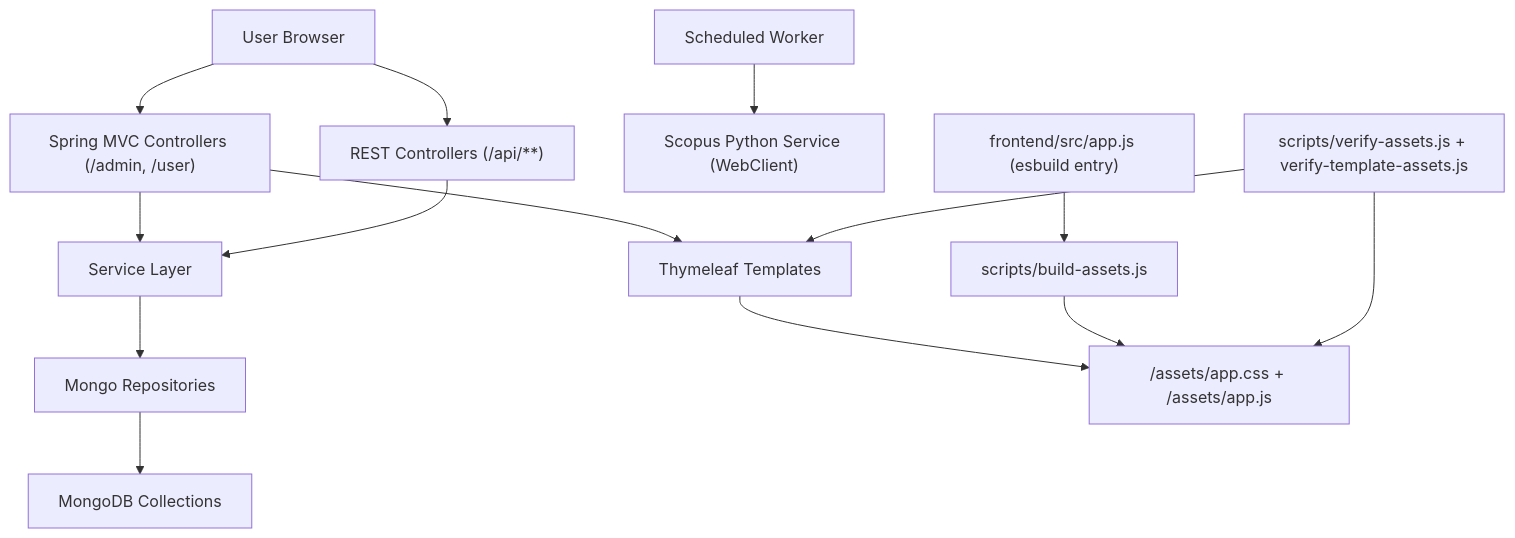
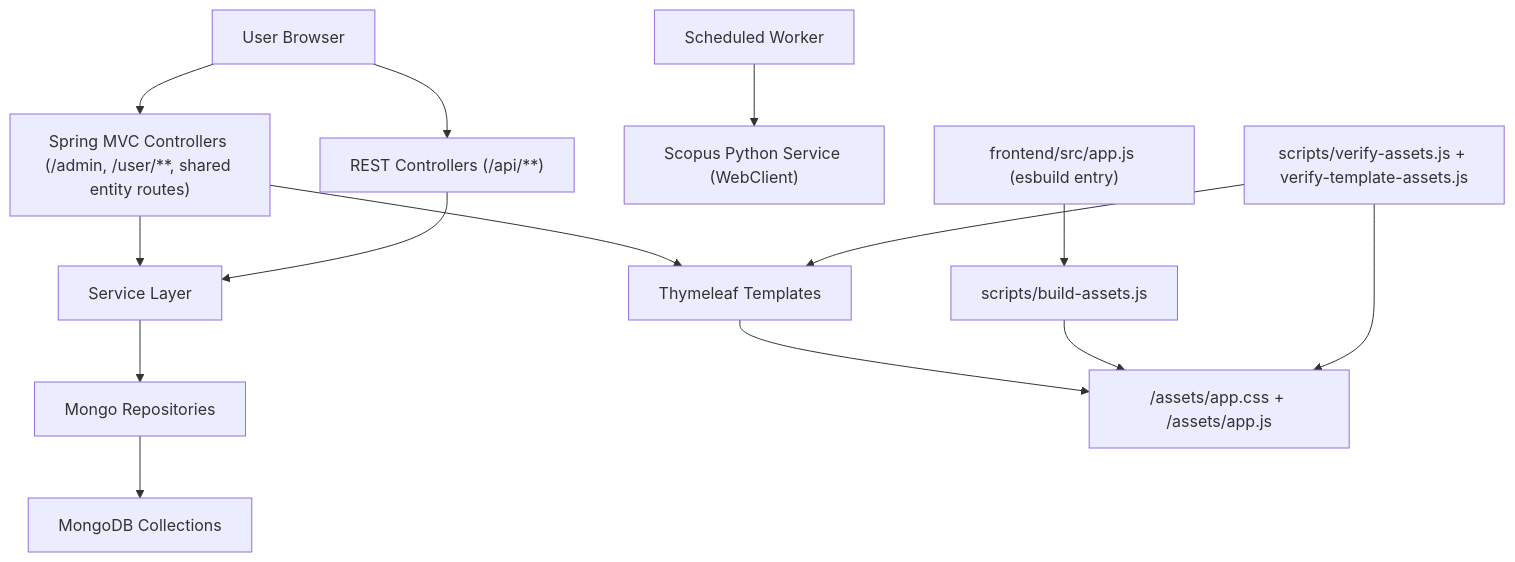
Before and after one commit to adispataru/scholardex: the diagram in docs/h02-architecture-map.md, drawn with Mermaid. The commit also changed other lines of this file and 5 other files, not shown here.

````diff
--- a/docs/h02-architecture-map.md
+++ b/docs/h02-architecture-map.md
@@ -8,19 +8,19 @@
 ```mermaid
 graph TD
-    U["User Browser"] --> MVC["Spring MVC Controllers (/admin, /user)"]
+    U["User Browser"] --> MVC["Spring MVC Controllers (/admin, /user/**, shared entity routes)"]
     U --> API["REST Controllers (/api/**)"]
     SCH["Scheduled Worker"] --> PY["Scopus Python Service (WebClient)"]
 
     MVC --> SVC["Service Layer"]
     API --> SVC
     SVC --> REP["Mongo Repositories"]
     REP --> MDB["MongoDB Collections"]
 
     MVC --> TPL["Thymeleaf Templates"]
     TPL --> STA["/assets/app.css + /assets/app.js"]
 
     FE["frontend/src/app.js (esbuild entry)"] --> BUILD["scripts/build-assets.js"]
     BUILD --> STA
     VERIFY["scripts/verify-assets.js + verify-template-assets.js"] --> STA
     VERIFY --> TPL
 ```
````
